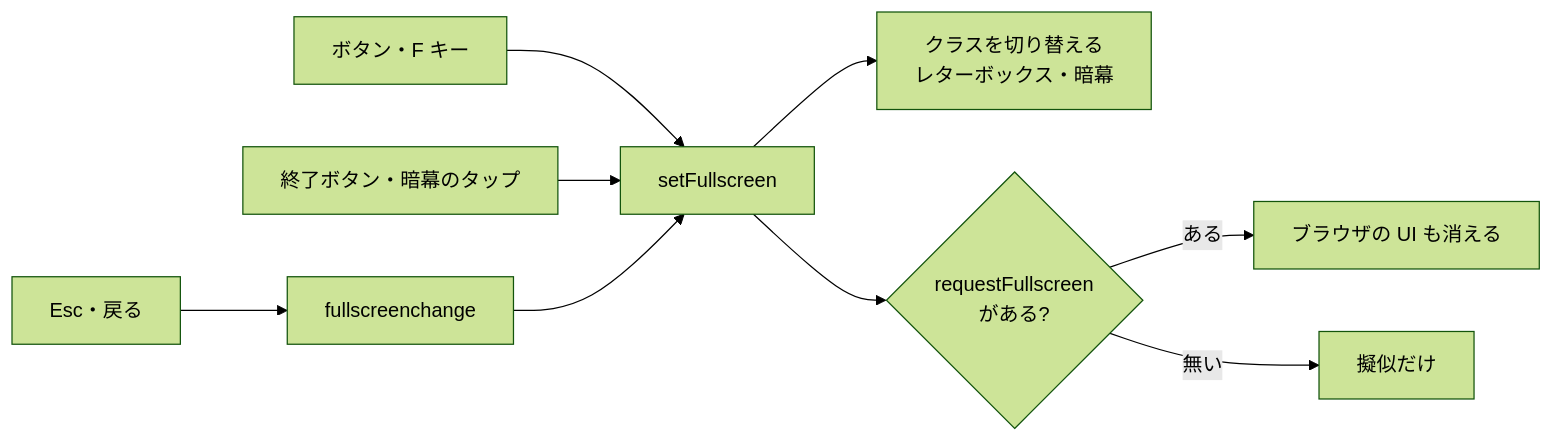
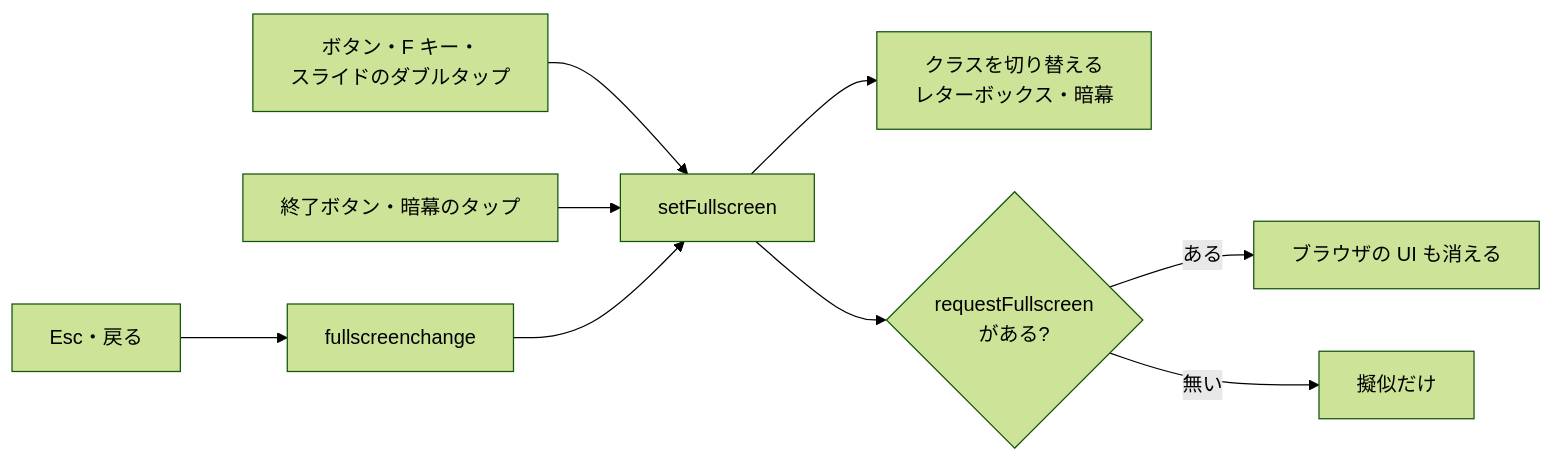
One commit to ytani01/yt_slide changed the first of 2 diagrams in docs/Developer.md. Above: the diagram before and after it, drawn with Mermaid (forest theme). The commit also changed other lines of this file and 10 other files, not shown here.

````diff
--- a/docs/Developer.md
+++ b/docs/Developer.md
@@ -314,10 +314,10 @@
 ```mermaid
 flowchart LR
-    A[ボタン・F キー] --> B[setFullscreen]
+    A[ボタン・F キー・<br>スライドのダブルタップ] --> B[setFullscreen]
     X[終了ボタン・暗幕のタップ] --> B
     B --> C[クラスを切り替える<br>レターボックス・暗幕]
     B --> D{requestFullscreen<br>がある?}
     D -- ある --> E[ブラウザの UI も消える]
     D -- 無い --> F[擬似だけ]
     G[Esc・戻る] --> H[fullscreenchange] --> B
 ```
````
